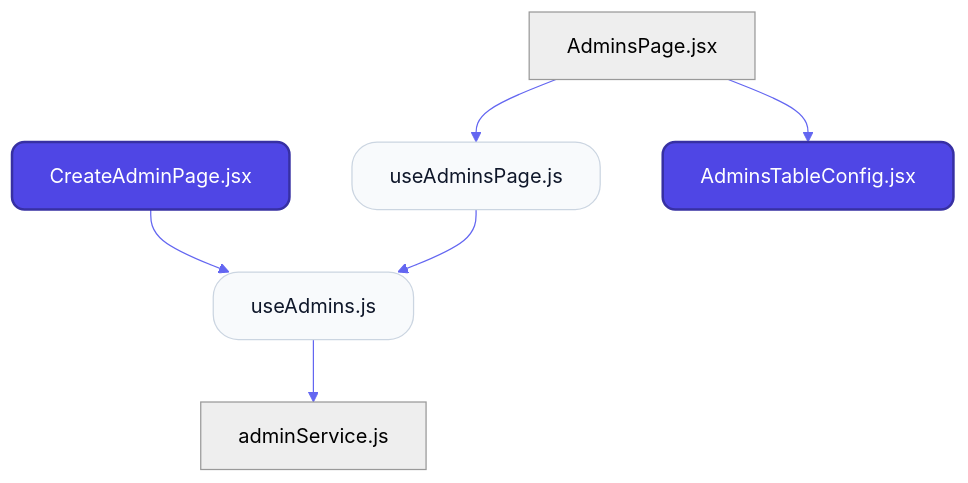
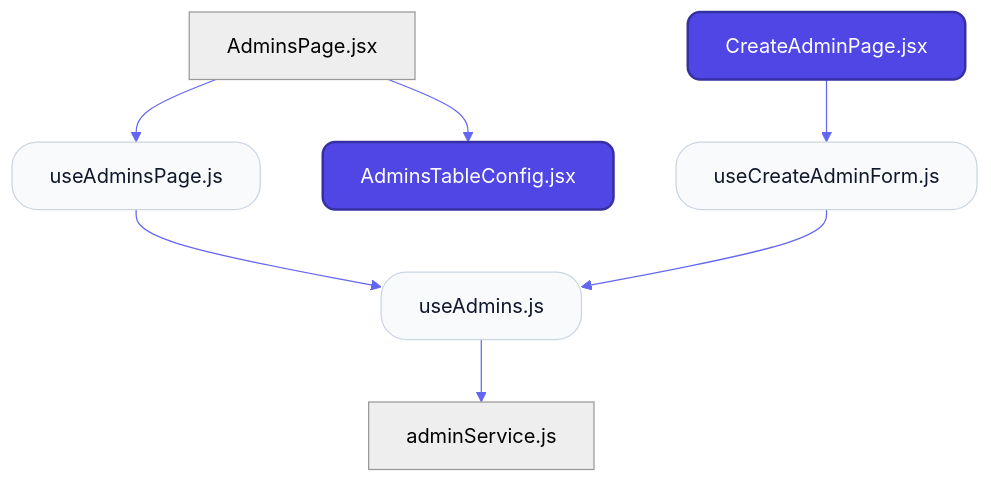
Before and after one commit to nexowebai/nexo-superadmin: the first of 2 diagrams in src/features/admins/README.md, drawn with Mermaid. The commit also changed other lines of this file and 142 other files, not shown here.

````diff
--- a/src/features/admins/README.md
+++ b/src/features/admins/README.md
@@ -12,19 +12,21 @@
 ```mermaid
 %%{init: {'theme': 'neutral', 'themeVariables': { 'fontFamily': 'Inter', 'lineColor': '#6366f1' }}}%%
 graph TD
     classDef page fill:#4f46e5,stroke:#3730a3,stroke-width:2px,color:#fff,rx:10,ry:10;
     classDef hook fill:#f8fafc,stroke:#cbd5e1,stroke-width:1px,color:#0f172a,rx:20,ry:20;
     classDef service fill:#0f172a,stroke:#000,stroke-width:2px,color:#f1f5f9,rx:5,ry:5;
 
     AdminsPagejsx["AdminsPage.jsx"]
     CreateAdminPagejsx["CreateAdminPage.jsx"]:::page
     useAdminsjs["useAdmins.js"]:::hook
     useAdminsPagejs["useAdminsPage.js"]:::hook
+    useCreateAdminFormjs["useCreateAdminForm.js"]:::hook
     adminServicejs["adminService.js"]
     AdminsTableConfigjsx["AdminsTableConfig.jsx"]:::page
     AdminsPagejsx --> useAdminsPagejs
     AdminsPagejsx --> AdminsTableConfigjsx
-    CreateAdminPagejsx --> useAdminsjs
+    CreateAdminPagejsx --> useCreateAdminFormjs
     useAdminsjs --> adminServicejs
     useAdminsPagejs --> useAdminsjs
+    useCreateAdminFormjs --> useAdminsjs
 ```
````
